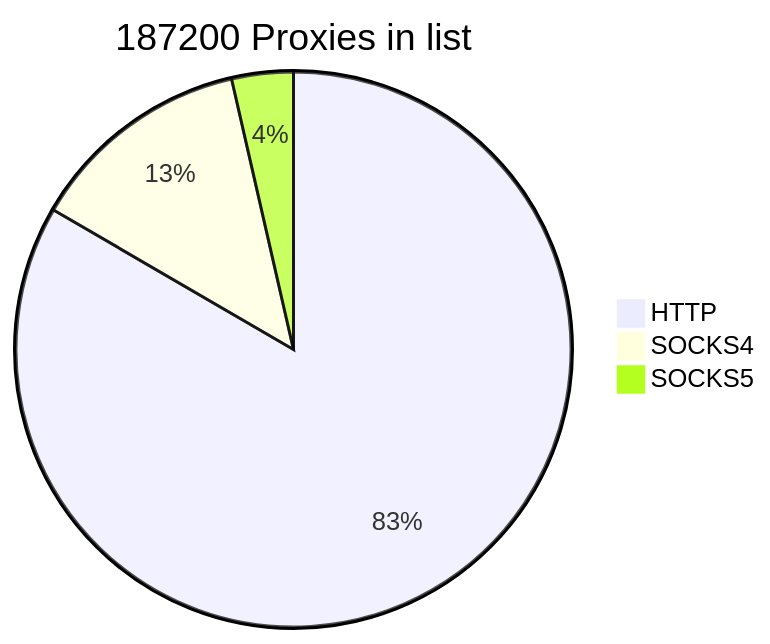
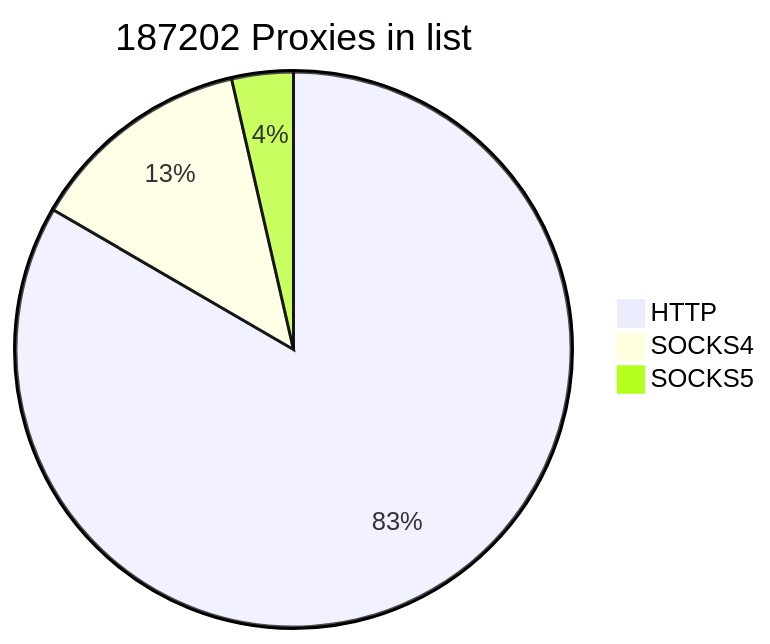
The first of 2 diagrams in README.md (cutipu/proxylist), drawn with Mermaid before and after one commit. The commit also changed other lines of this file, not shown here.

````diff
--- a/README.md
+++ b/README.md
@@ -2,7 +2,7 @@
 ```mermaid
-pie title 187200 Proxies in list
-    "HTTP" : 156095
+pie title 187202 Proxies in list
+    "HTTP" : 156097
     "SOCKS4" : 24402
     "SOCKS5" : 6703
             
 ```
````
